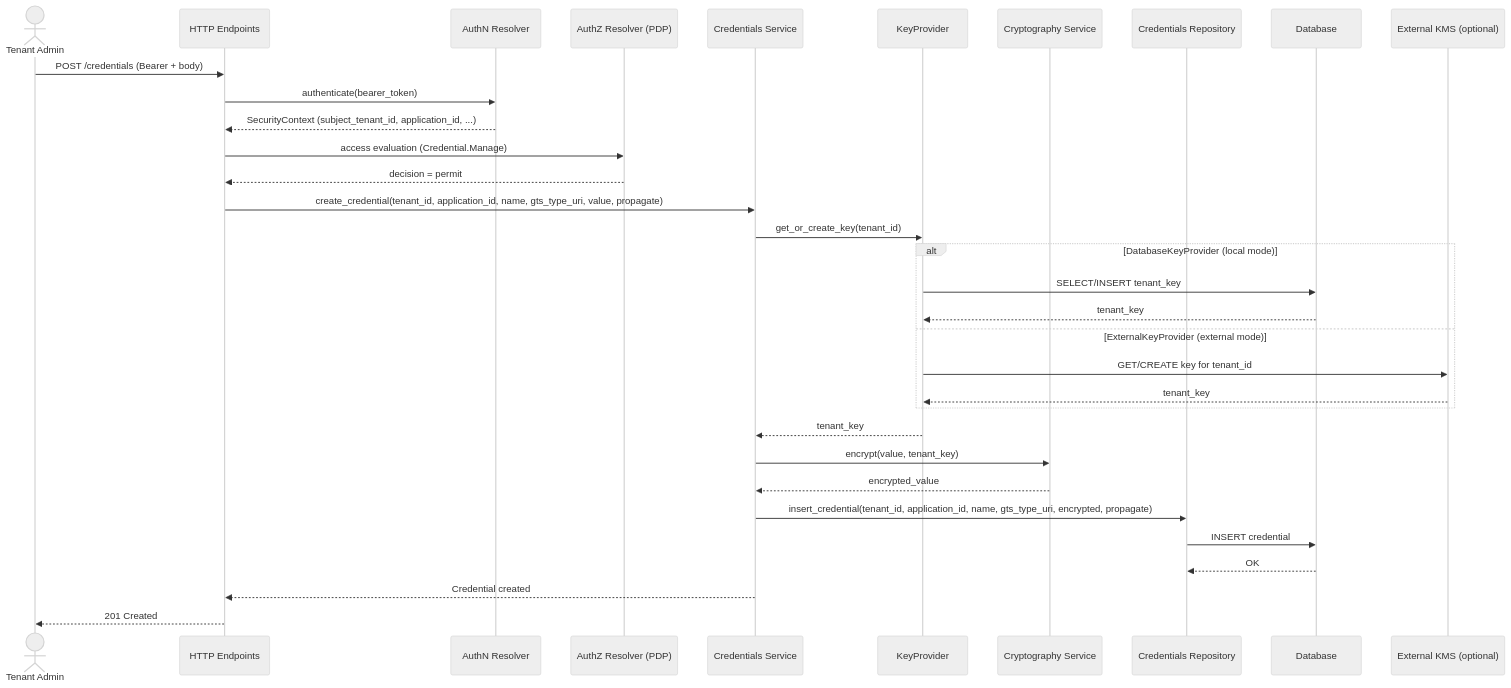
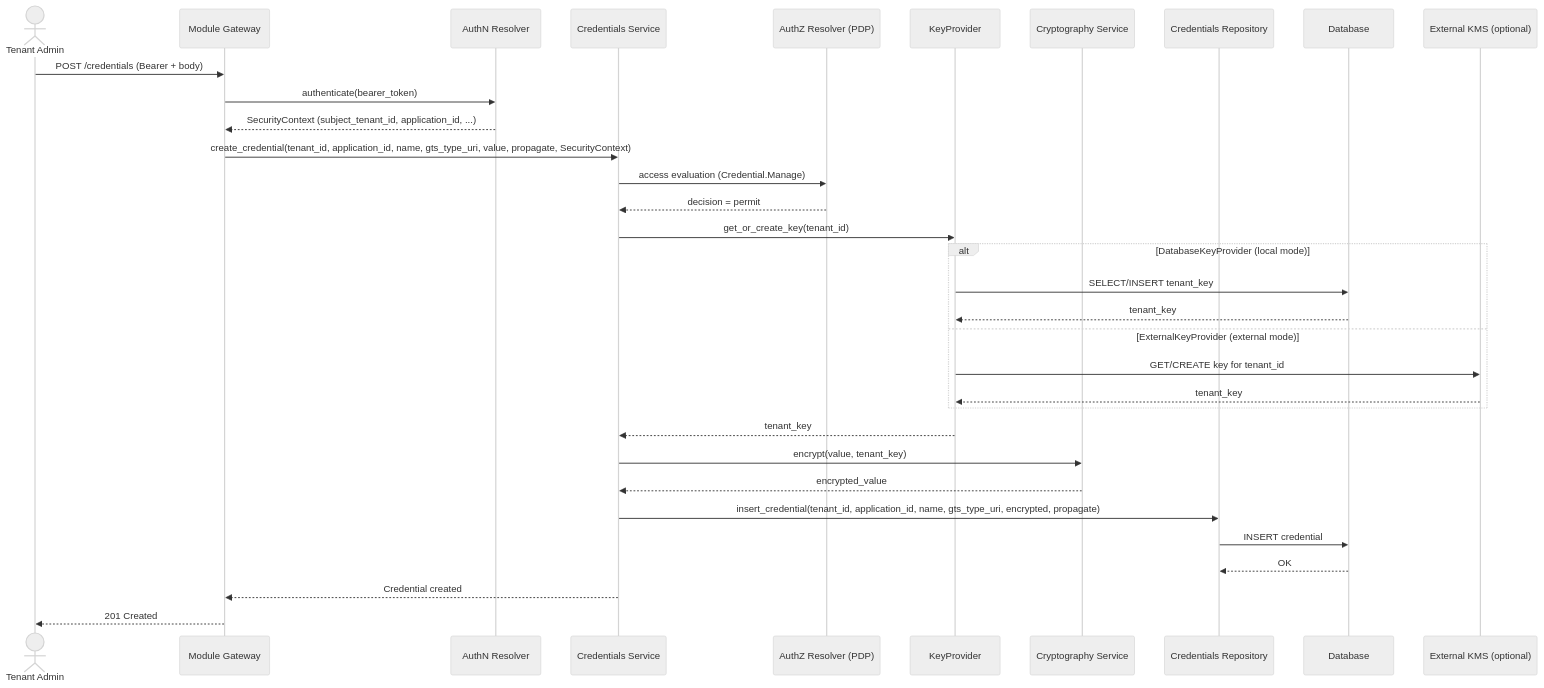
The second of 3 diagrams in modules/credstore/plugins/credentials-storage/DESIGN.md (nullhypothesic/cyberfabric-core), drawn with Mermaid (neutral theme) before and after one commit. The commit also changed other lines of this file and 2 other files, not shown here.

````diff
--- a/modules/credstore/plugins/credentials-storage/DESIGN.md
+++ b/modules/credstore/plugins/credentials-storage/DESIGN.md
@@ -413,36 +404,36 @@
 ```mermaid
 sequenceDiagram
     actor Admin as Tenant Admin
-    participant API as HTTP Endpoints
+    participant GW as Module Gateway
     participant AuthN as AuthN Resolver
+    participant Svc as Credentials Service
     participant AuthZ as AuthZ Resolver (PDP)
-    participant Svc as Credentials Service
     participant KP as KeyProvider
     participant Crypto as Cryptography Service
     participant Repo as Credentials Repository
     participant DB as Database
     participant EXT as External KMS (optional)
 
-    Admin->>API: POST /credentials (Bearer + body)
-    API->>AuthN: authenticate(bearer_token)
-    AuthN-->>API: SecurityContext (subject_tenant_id, application_id, ...)
-    API->>AuthZ: access evaluation (Credential.Manage)
-    AuthZ-->>API: decision = permit
-    API->>Svc: create_credential(tenant_id, application_id, name, gts_type_uri, value, propagate)
+    Admin->>GW: POST /credentials (Bearer + body)
+    GW->>AuthN: authenticate(bearer_token)
+    AuthN-->>GW: SecurityContext (subject_tenant_id, application_id, ...)
+    GW->>Svc: create_credential(tenant_id, application_id, name, gts_type_uri, value, propagate, SecurityContext)
+    Svc->>AuthZ: access evaluation (Credential.Manage)
+    AuthZ-->>Svc: decision = permit
     Svc->>KP: get_or_create_key(tenant_id)
     alt DatabaseKeyProvider (local mode)
         KP->>DB: SELECT/INSERT tenant_key
         DB-->>KP: tenant_key
     else ExternalKeyProvider (external mode)
         KP->>EXT: GET/CREATE key for tenant_id
         EXT-->>KP: tenant_key
     end
     KP-->>Svc: tenant_key
     Svc->>Crypto: encrypt(value, tenant_key)
     Crypto-->>Svc: encrypted_value
     Svc->>Repo: insert_credential(tenant_id, application_id, name, gts_type_uri, encrypted, propagate)
     Repo->>DB: INSERT credential
     DB-->>Repo: OK
-    Svc-->>API: Credential created
-    API-->>Admin: 201 Created
+    Svc-->>GW: Credential created
+    GW-->>Admin: 201 Created
 ```
````
